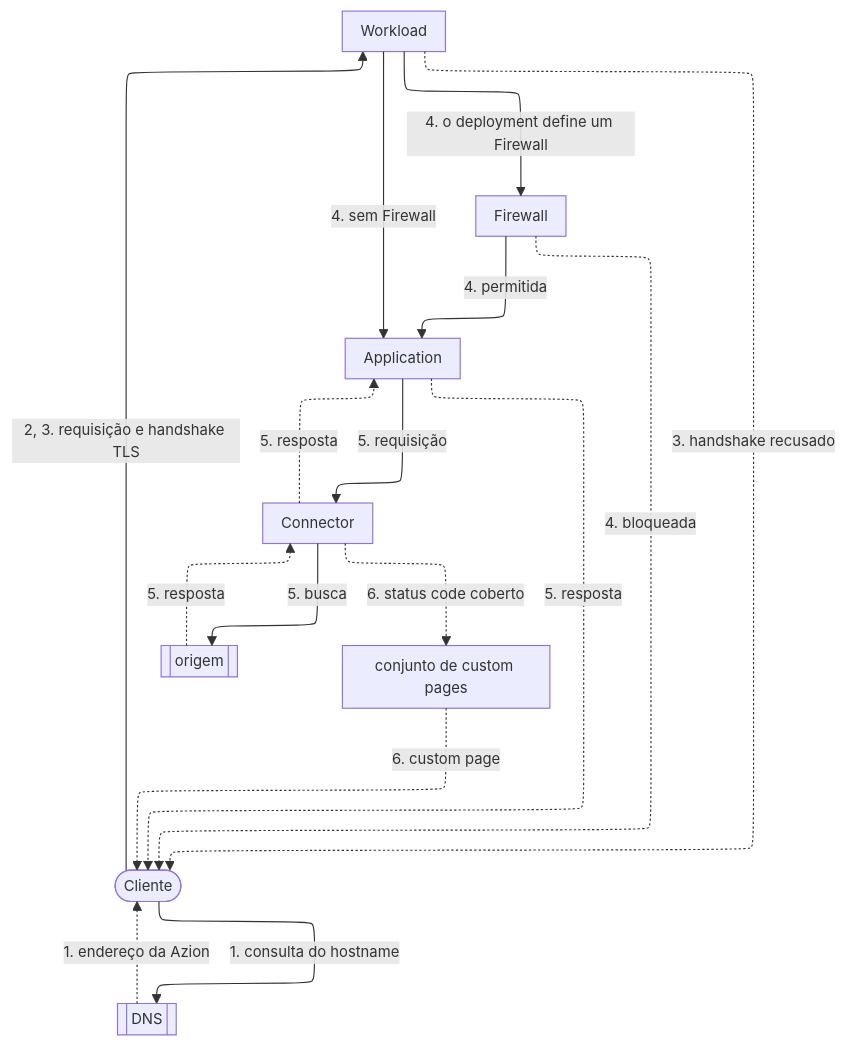
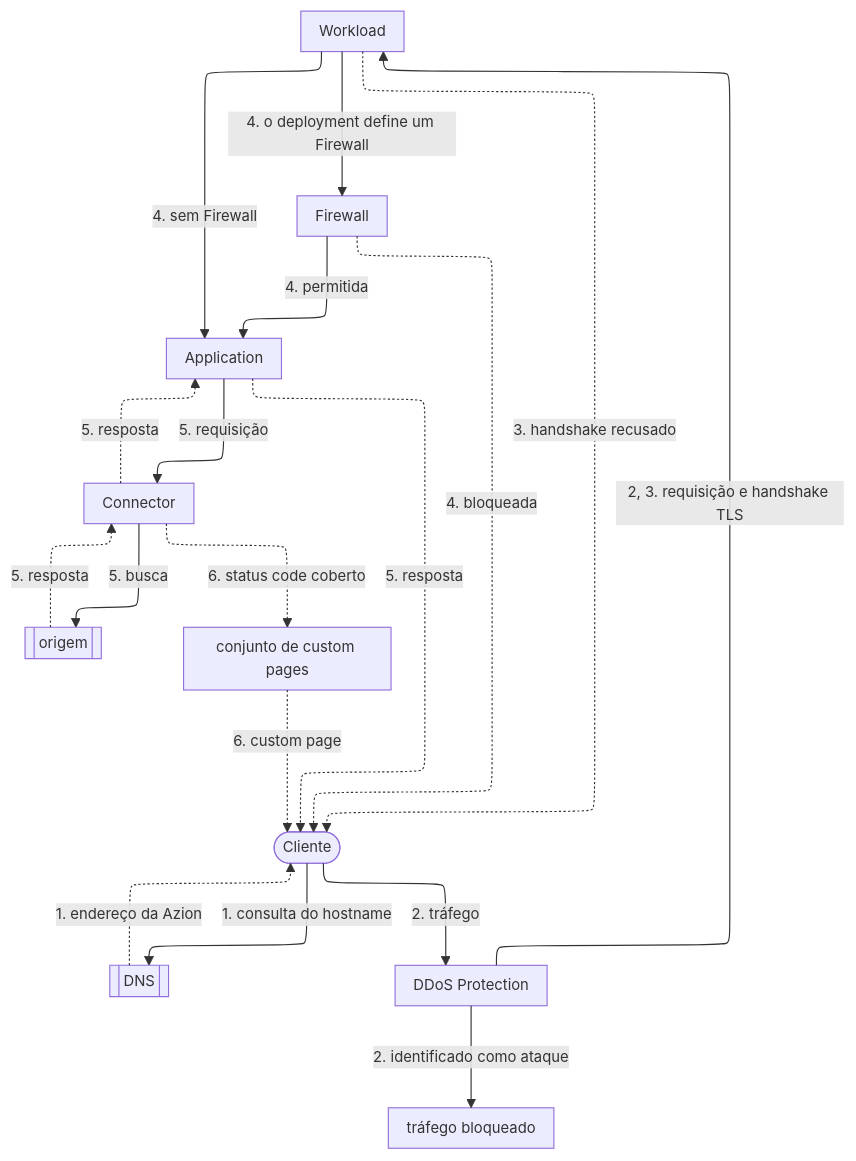
The diagram in apps/docs/src/content/docs/pt-br/pages/menu-principal/referencia/secure/workloads/workloads.mdx (aziontech/docs), drawn with Mermaid before and after one commit. The commit also changed other lines of this file and 183 other files, not shown here.

````diff
--- a/apps/docs/src/content/docs/pt-br/pages/menu-principal/referencia/secure/workloads/workloads.mdx
+++ b/apps/docs/src/content/docs/pt-br/pages/menu-principal/referencia/secure/workloads/workloads.mdx
@@ -33,27 +34,31 @@
 ```mermaid
 %%{init: {"layout": "elk", "elk": {"preset": "modelOrder", "keepEntryNodeOnTop": true}, "themeVariables": {"fontSize": "13px"}, "flowchart": {"nodeSpacing": 24, "rankSpacing": 36, "padding": 8, "wrappingWidth": 150, "useMaxWidth": true}, "sequence": {"width": 120, "actorMargin": 30, "useMaxWidth": true}}}%%
 flowchart TD
   Client(["Cliente"])
   DNS[["DNS"]]
+  DDoS["DDoS Protection"]
+  Blocked["tráfego bloqueado"]
   WL["Workload"]
   FW["Firewall"]
   App["Application"]
   Conn["Connector"]
   Origin[["origem"]]
   CP["conjunto de custom pages"]
   Client -->|"1. consulta do hostname"| DNS
   DNS -.->|"1. endereço da Azion"| Client
-  Client -->|"2, 3. requisição e handshake TLS"| WL
+  Client -->|"2. tráfego"| DDoS
+  DDoS -->|"2. identificado como ataque"| Blocked
+  DDoS -->|"2, 3. requisição e handshake TLS"| WL
   WL -.->|"3. handshake recusado"| Client
   WL -->|"4. o deployment define um Firewall"| FW
   WL -->|"4. sem Firewall"| App
   FW -->|"4. permitida"| App
   FW -.->|"4. bloqueada"| Client
   App -->|"5. requisição"| Conn
   Conn -->|"5. busca"| Origin
   Origin -.->|"5. resposta"| Conn
   Conn -.->|"5. resposta"| App
   App -.->|"5. resposta"| Client
   Conn -.->|"6. status code coberto"| CP
   CP -.->|"6. custom page"| Client
 ```
````
